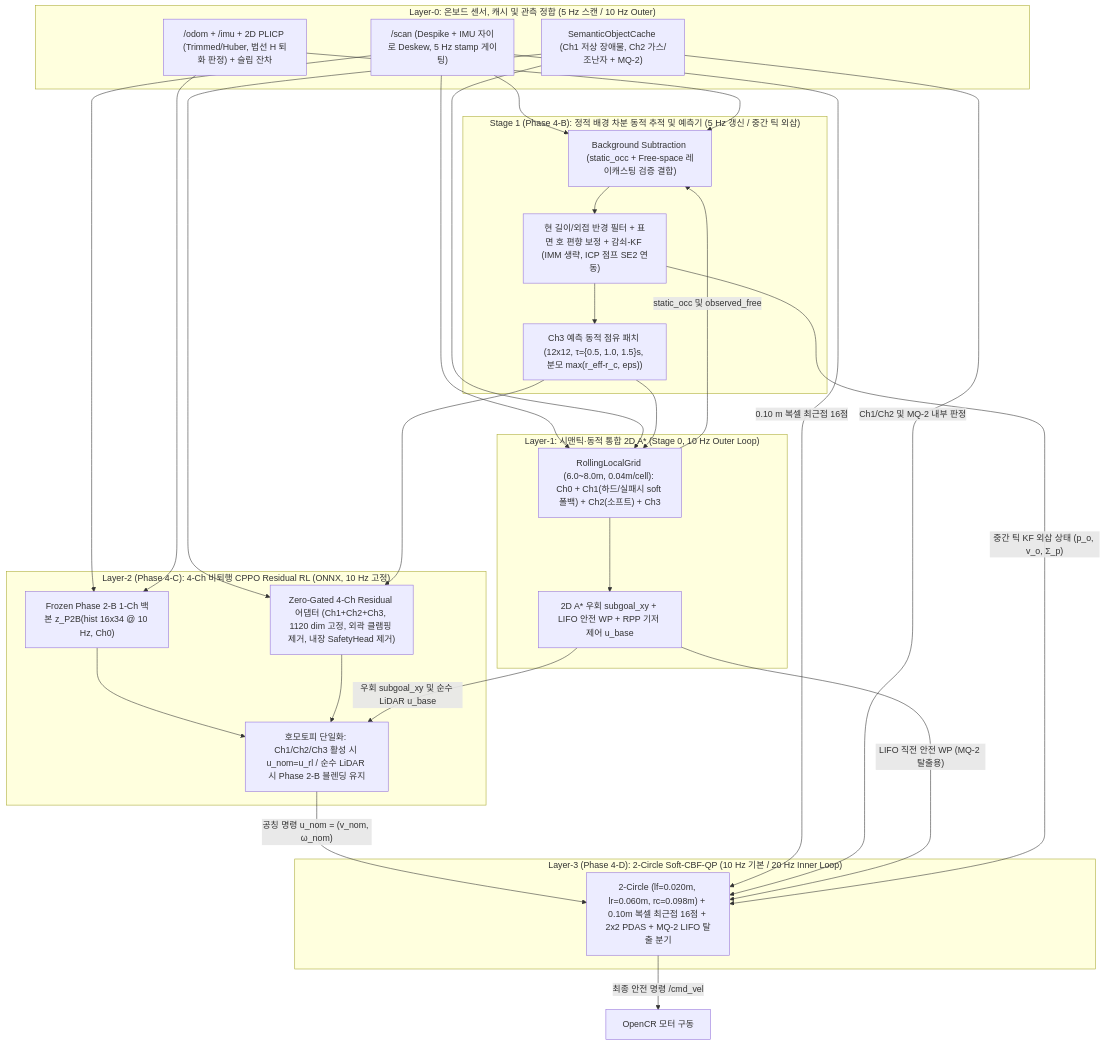
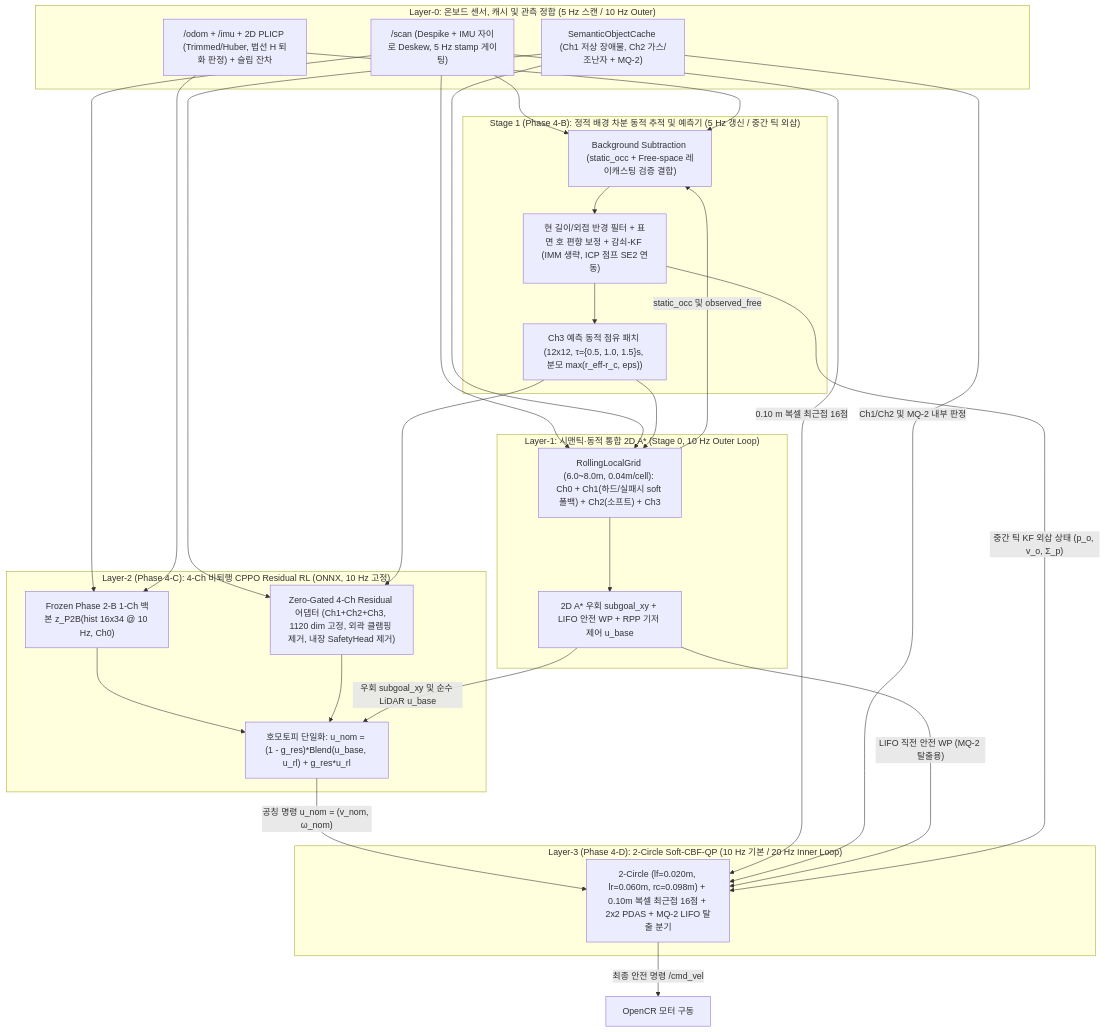
Before and after one commit to rjw136-lab/disaster_recovery_ws: the diagram in docs/Phase4_재검증_연구설계_및_구현계획.md, drawn with Mermaid. The commit also changed other lines of this file and 4 other files, not shown here.

````diff
--- a/docs/Phase4_재검증_연구설계_및_구현계획.md
+++ b/docs/Phase4_재검증_연구설계_및_구현계획.md
@@ -36,54 +36,54 @@
 ```mermaid
 flowchart TB
     subgraph SENS["Layer-0: 온보드 센서, 캐시 및 관측 정합 (5 Hz 스캔 / 10 Hz Outer)"]
         SCAN["/scan (Despike + IMU 자이로 Deskew, 5 Hz stamp 게이팅)"]
         ODOM["/odom + /imu + 2D PLICP (Trimmed/Huber, 법선 H 퇴화 판정) + 슬립 잔차"]
         CACHE["SemanticObjectCache (Ch1 저상 장애물, Ch2 가스/조난자 + MQ-2)"]
     end
 
     subgraph DYN["Stage 1 (Phase 4-B): 정적 배경 차분 동적 추적 및 예측기 (5 Hz 갱신 / 중간 틱 외삽)"]
         SUB["Background Subtraction (static_occ + Free-space 레이캐스팅 검증 결합)"]
         KF["현 길이/외접 반경 필터 + 표면 호 편향 보정 + 감쇠-KF (IMM 생략, ICP 점프 SE2 연동)"]
         CH3["Ch3 예측 동적 점유 패치 (12x12, τ={0.5, 1.0, 1.5}s, 분모 max(r_eff-r_c, eps))"]
     end
 
     subgraph PLAN["Layer-1: 시맨틱·동적 통합 2D A* (Stage 0, 10 Hz Outer Loop)"]
         GRID["RollingLocalGrid (6.0~8.0m, 0.04m/cell): Ch0 + Ch1(하드/실패시 soft 폴백) + Ch2(소프트) + Ch3"]
         ASTAR["2D A* 우회 subgoal_xy + LIFO 안전 WP + RPP 기저 제어 u_base"]
     end
 
     subgraph RL["Layer-2 (Phase 4-C): 4-Ch 비퇴행 CPPO Residual RL (ONNX, 10 Hz 고정)"]
         P2B["Frozen Phase 2-B 1-Ch 백본 z_P2B(hist 16x34 @ 10 Hz, Ch0)"]
         RES["Zero-Gated 4-Ch Residual 어댑터 (Ch1+Ch2+Ch3, 1120 dim 고정, 외곽 클램핑 제거, 내장 SafetyHead 제거)"]
-        SWITCH["호모토피 단일화: Ch1/Ch2/Ch3 활성 시 u_nom=u_rl / 순수 LiDAR 시 Phase 2-B 블렌딩 유지"]
+        SWITCH["호모토피 단일화: u_nom = (1 - g_res)*Blend(u_base, u_rl) + g_res*u_rl"]
     end
 
     subgraph SHIELD["Layer-3 (Phase 4-D): 2-Circle Soft-CBF-QP (10 Hz 기본 / 20 Hz Inner Loop)"]
         CBF["2-Circle (lf=0.020m, lr=0.060m, rc=0.098m) + 0.10m 복셀 최근접 16점 + 2x2 PDAS + MQ-2 LIFO 탈출 분기"]
     end
 
     SCAN --> SUB
     ODOM --> SUB
     GRID -- "static_occ 및 observed_free" --> SUB
     SUB --> KF --> CH3
 
     SCAN --> GRID
     CACHE --> GRID
     CH3 --> GRID
     GRID --> ASTAR
 
     SCAN --> P2B
     ODOM --> P2B
     CACHE --> RES
     CH3 --> RES
     P2B --> SWITCH
     RES --> SWITCH
     ASTAR -- "우회 subgoal_xy 및 순수 LiDAR u_base" --> SWITCH
 
     SWITCH -- "공칭 명령 u_nom = (v_nom, ω_nom)" --> CBF
     SCAN -- "0.10 m 복셀 최근접 16점" --> CBF
     CACHE -- "Ch1/Ch2 및 MQ-2 내부 판정" --> CBF
     ASTAR -- "LIFO 직전 안전 WP (MQ-2 탈출용)" --> CBF
     KF -- "중간 틱 KF 외삽 상태 (p_o, v_o, Σ_p)" --> CBF
     CBF -- "최종 안전 명령 /cmd_vel" --> MOT["OpenCR 모터 구동"]
 ```
````
